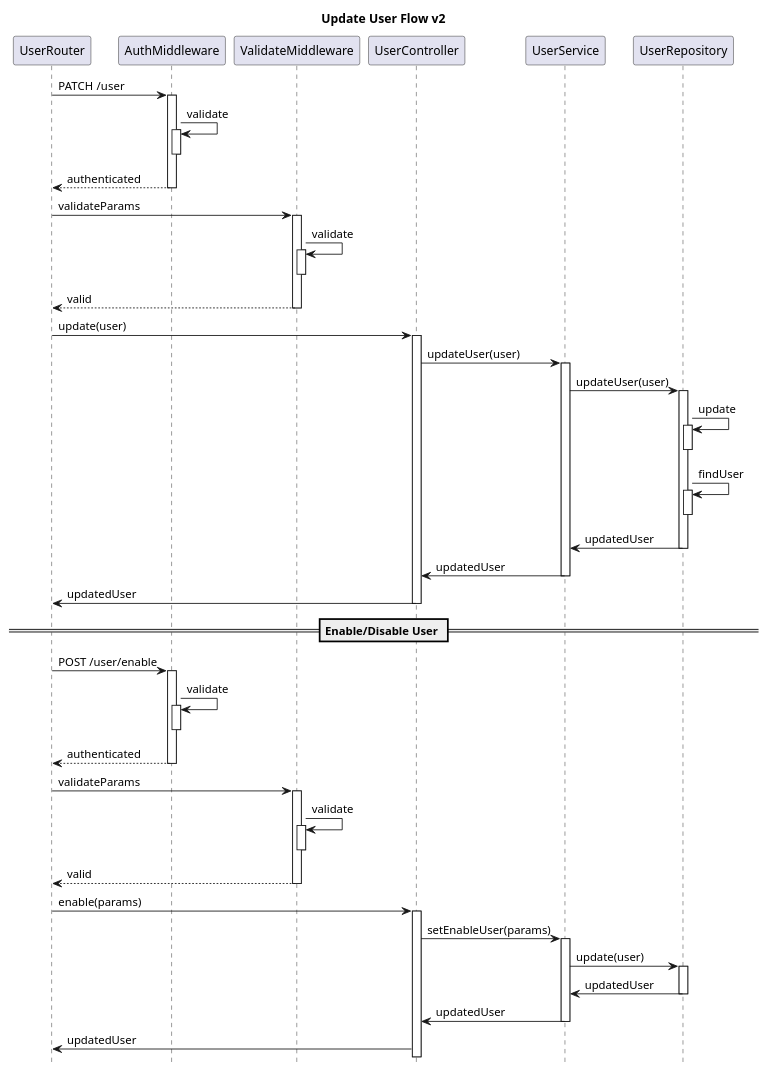
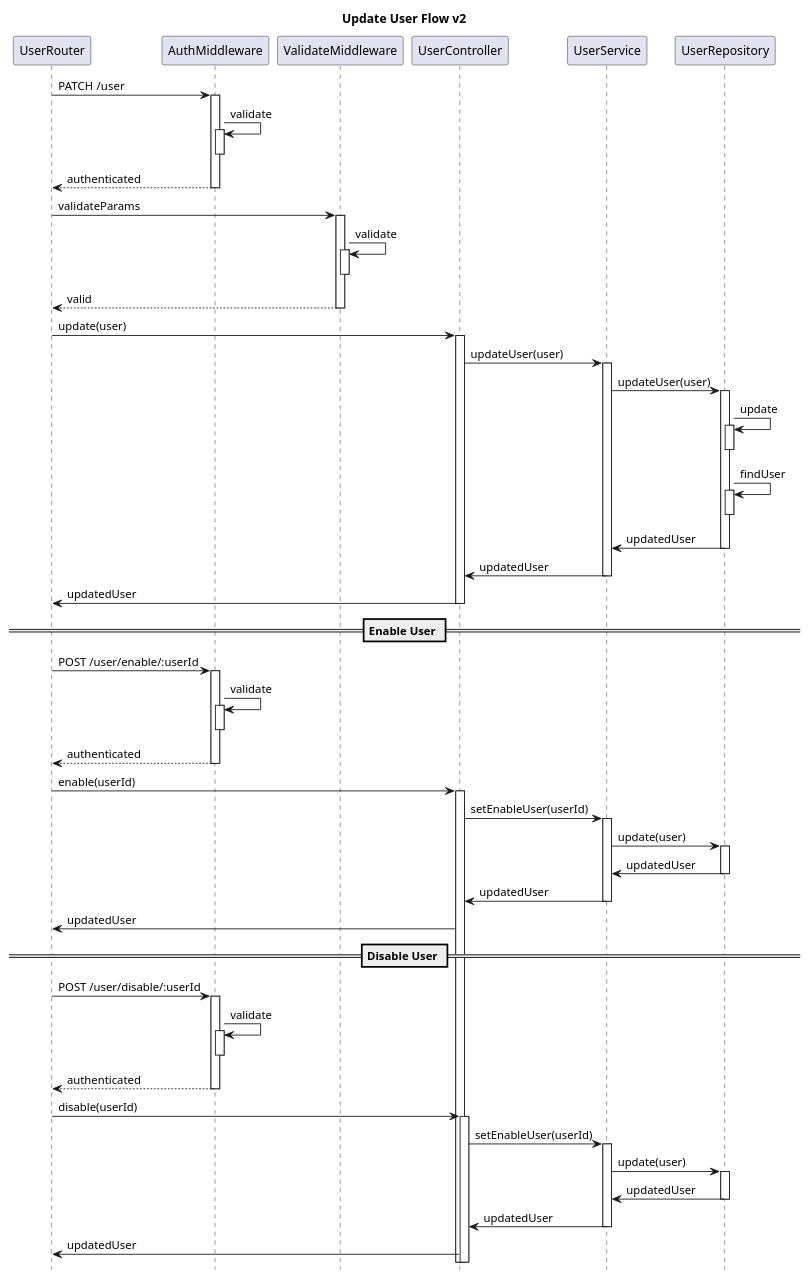
One commit to mcaligares/express-typescript changed the sixth of 6 diagrams in .docs/user.puml. Above: the diagram before and after it, drawn with PlantUML. The commit also changed 5 other files, not shown here.

Commit message:
feat: add enable and disable endpoints. related #45

```diff
--- a/.docs/user.puml
+++ b/.docs/user.puml
@@ -127,47 +127,57 @@
 @startuml update user
 title Update User Flow v2
 hide footbox
 participant UserRouter order 1
 participant AuthMiddleware order 2
 participant ValidateMiddleware order 3
 participant UserController order 4
 participant UserService order 5
 participant UserRepository order 6
 
 UserRouter -> AuthMiddleware ++: PATCH /user
 AuthMiddleware -> AuthMiddleware ++--: validate
 AuthMiddleware --> UserRouter --: authenticated
 
 UserRouter -> ValidateMiddleware ++: validateParams
 ValidateMiddleware -> ValidateMiddleware ++--: validate
 ValidateMiddleware --> UserRouter --: valid
 
 UserRouter -> UserController ++ : update(user)
 
 UserController -> UserService ++: updateUser(user)
 UserService -> UserRepository ++: updateUser(user)
 UserRepository -> UserRepository ++--: update
 UserRepository -> UserRepository ++--: findUser
 UserRepository -> UserService --: updatedUser
 UserService -> UserController --: updatedUser
 UserController -> UserRouter --: updatedUser
 
-== Enable/Disable User ==
+== Enable User ==
 
-UserRouter -> AuthMiddleware ++: POST /user/enable
+UserRouter -> AuthMiddleware ++: POST /user/enable/:userId
 AuthMiddleware -> AuthMiddleware ++--: validate
 AuthMiddleware --> UserRouter --: authenticated
 
-UserRouter -> ValidateMiddleware ++: validateParams
-ValidateMiddleware -> ValidateMiddleware ++--: validate
-ValidateMiddleware --> UserRouter --: valid
+UserRouter -> UserController ++ : enable(userId)
 
-UserRouter -> UserController ++ : enable(params)
+UserController -> UserService ++: setEnableUser(userId)
+UserService -> UserRepository ++: update(user)
+UserRepository -> UserService --: updatedUser
+UserService -> UserController --: updatedUser
+UserController -> UserRouter : updatedUser
 
-UserController -> UserService ++: setEnableUser(params)
+== Disable User ==
+
+UserRouter -> AuthMiddleware ++: POST /user/disable/:userId
+AuthMiddleware -> AuthMiddleware ++--: validate
+AuthMiddleware --> UserRouter --: authenticated
+
+UserRouter -> UserController ++ : disable(userId)
+
+UserController -> UserService ++: setEnableUser(userId)
 UserService -> UserRepository ++: update(user)
 UserRepository -> UserService --: updatedUser
 UserService -> UserController --: updatedUser
 UserController -> UserRouter : updatedUser
 
 @enduml
```
